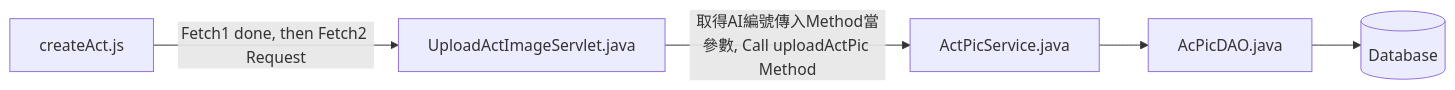
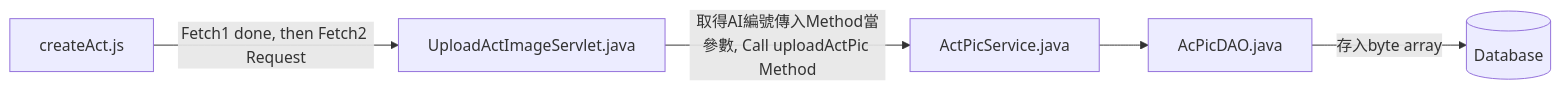
One commit to TLexYuW/CGA103G1OwnPart changed the fourth of 13 diagrams in README.md. Above: the diagram before and after it, drawn with Mermaid. The commit also changed other lines of this file, not shown here.

Commit message:
LexVaultBackup: 2022-09-11 23:08:53
Affected files:
README.md

````diff
--- a/README.md
+++ b/README.md
@@ -73,6 +73,6 @@
 ```mermaid
 flowchart LR
 	cA[createAct.js] -->|Fetch1 done, then Fetch2 Request| UAIS[UploadActImageServlet.java] 
 	-->|取得AI編號傳入Method當參數, Call uploadActPic Method| APS[ActPicService.java]
-	--> APD[AcPicDAO.java] --> DB[(Database)]
+	--> APD[AcPicDAO.java] -->|存入byte array| DB[(Database)]
 ```
````
